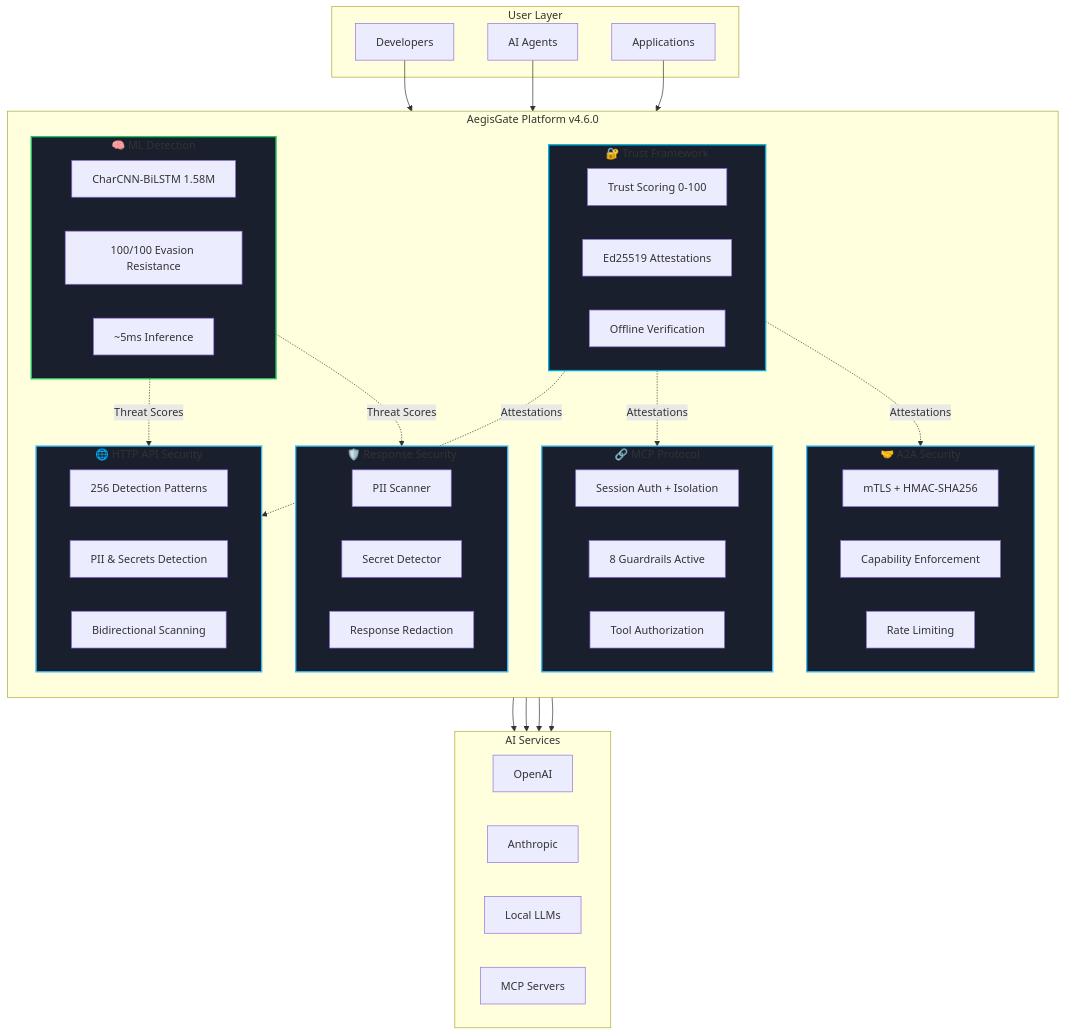
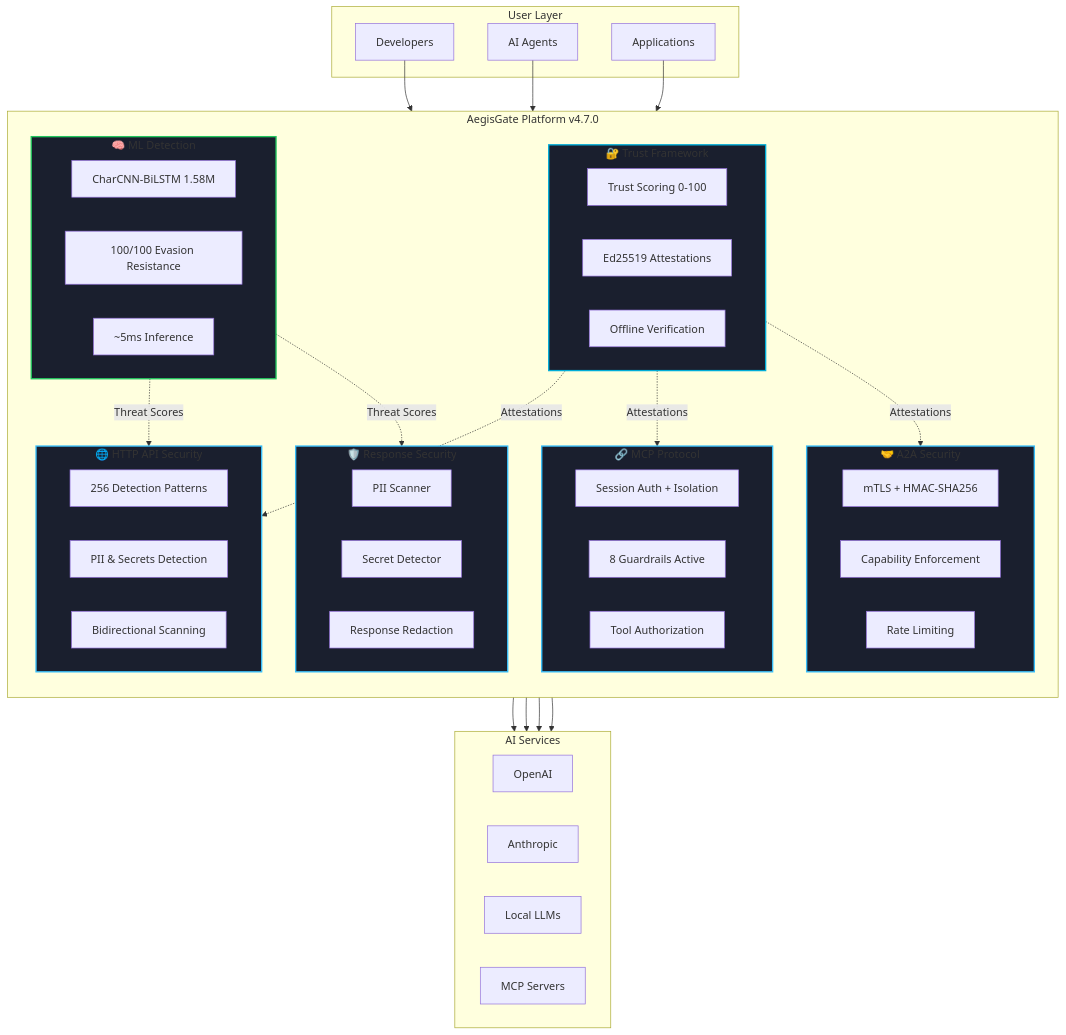
Before and after one commit to aegisgatesecurity/aegisgate-site: the first of 2 diagrams in content/platform/_index.md, drawn with Mermaid. The commit also changed other lines of this file and 30 other files, not shown here.

```diff
--- a/content/platform/_index.md
+++ b/content/platform/_index.md
@@ -143,77 +143,77 @@
 {{< mermaid >}}
 flowchart TD
     subgraph UserLayer["User Layer"]
         A[Developers]
         B[AI Agents]
         C[Applications]
     end
 
-    subgraph Platform["AegisGate Platform v4.6.0"]
+    subgraph Platform["AegisGate Platform v4.7.0"]
         direction TB
         
         subgraph Pillar1["🌐 HTTP API Security"]
             P1[256 Detection Patterns]
             P1a[PII & Secrets Detection]
             P1b[Bidirectional Scanning]
         end
         
         subgraph Pillar2["🔗 MCP Protocol"]
             P2[Session Auth + Isolation]
             P2a[8 Guardrails Active]
             P2b[Tool Authorization]
         end
         
         subgraph Pillar3["🤝 A2A Security"]
             P3[mTLS + HMAC-SHA256]
             P3a[Capability Enforcement]
             P3b[Rate Limiting]
         end
         
         subgraph Pillar4["🛡️ Response Security"]
             P4[PII Scanner]
             P4a[Secret Detector]
             P4b[Response Redaction]
         end
         
         subgraph Pillar5["🔐 Trust Framework"]
             P5[Trust Scoring 0-100]
             P5a[Ed25519 Attestations]
             P5b[Offline Verification]
         end
         
         subgraph Pillar6["🧠 ML Detection"]
             P6[CharCNN-BiLSTM 1.58M]
             P6a[100/100 Evasion Resistance]
             P6b[~5ms Inference]
         end
     end
 
     subgraph Output["AI Services"]
         D[OpenAI]
         E[Anthropic]
         F[Local LLMs]
         G[MCP Servers]
     end
 
     A --> Platform
     B --> Platform
     C --> Platform
     
     Pillar1 --> Output
     Pillar2 --> Output
     Pillar3 --> Output
     Pillar4 --> Output
     
     Pillar5 -.->|Attestations| Pillar1
     Pillar5 -.->|Attestations| Pillar2
     Pillar5 -.->|Attestations| Pillar3
     Pillar6 -.->|Threat Scores| Pillar1
     Pillar6 -.->|Threat Scores| Pillar4
 
     style Pillar1 fill:#1a1f2e,stroke:#38bdf8,stroke-width:2px
     style Pillar2 fill:#1a1f2e,stroke:#38bdf8,stroke-width:2px
     style Pillar3 fill:#1a1f2e,stroke:#38bdf8,stroke-width:2px
     style Pillar4 fill:#1a1f2e,stroke:#38bdf8,stroke-width:2px
     style Pillar5 fill:#1a1f2e,stroke:#00ADD8,stroke-width:2px
     style Pillar6 fill:#1a1f2e,stroke:#22c55e,stroke-width:2px
 {{< /mermaid >}}
```
